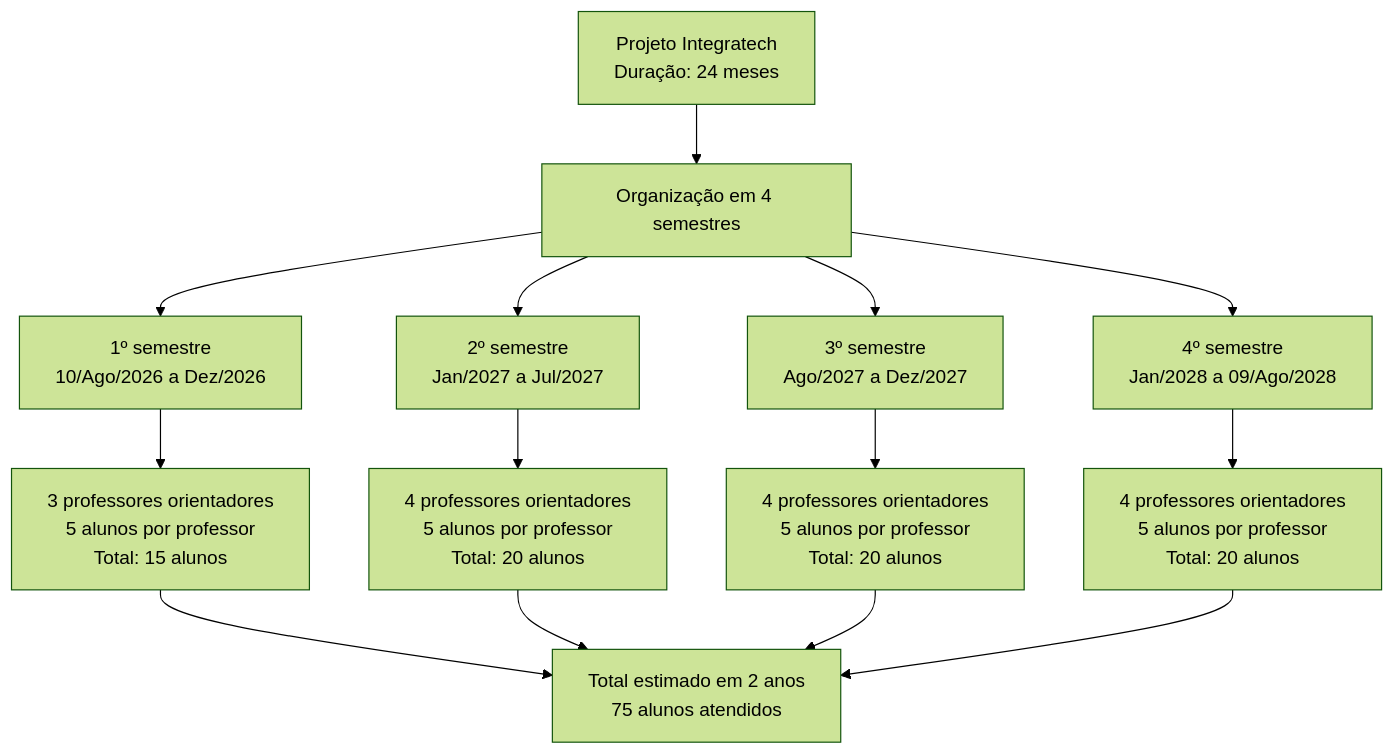
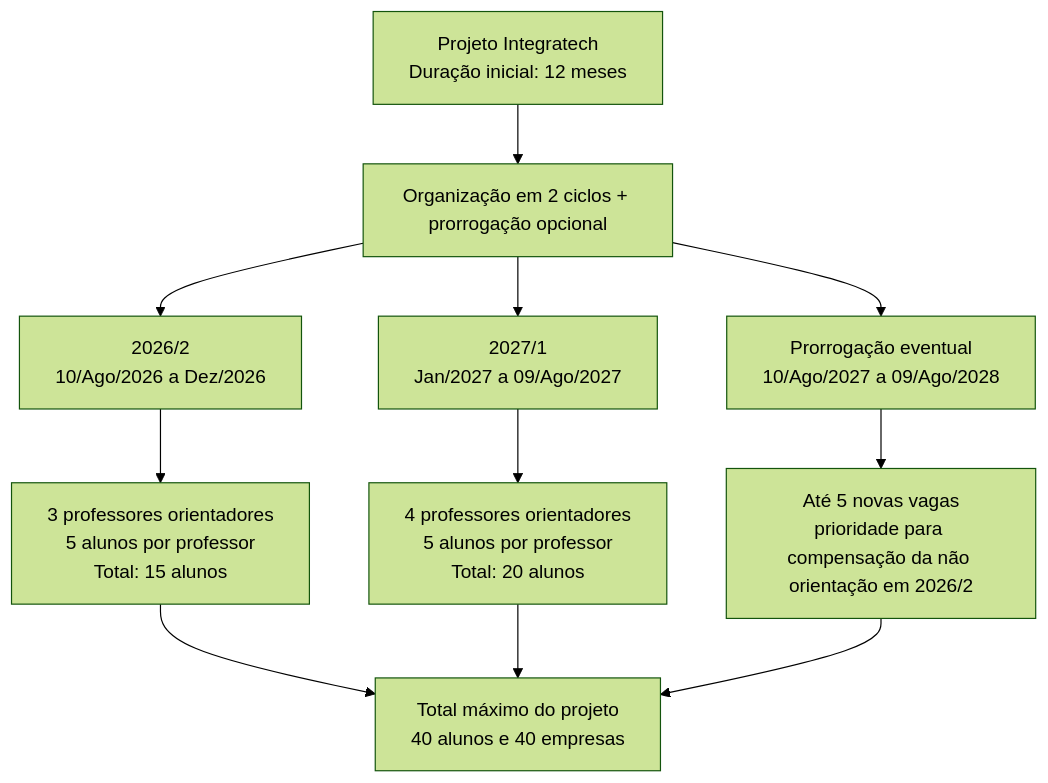
One commit to monteiro74/integratech-sinop changed the first of 7 diagrams in README.md. Above: the diagram before and after it, drawn with Mermaid (forest theme). The commit also changed other lines of this file, not shown here.

````diff
--- a/README.md
+++ b/README.md
@@ -352,19 +370,16 @@
 ```mermaid
 flowchart TD
-    A[Projeto Integratech<br/>Duração: 24 meses] --> B[Organização em 4 semestres]
+    A[Projeto Integratech<br/>Duração inicial: 12 meses] --> B[Organização em 2 ciclos + prorrogação opcional]
 
-    B --> C1[1º semestre<br/>10/Ago/2026 a Dez/2026]
-    B --> C2[2º semestre<br/>Jan/2027 a Jul/2027]
-    B --> C3[3º semestre<br/>Ago/2027 a Dez/2027]
-    B --> C4[4º semestre<br/>Jan/2028 a 09/Ago/2028]
+    B --> C1[2026/2<br/>10/Ago/2026 a Dez/2026]
+    B --> C2[2027/1<br/>Jan/2027 a 09/Ago/2027]
+    B --> C3[Prorrogação eventual<br/>10/Ago/2027 a 09/Ago/2028]
 
     C1 --> D1[3 professores orientadores<br/>5 alunos por professor<br/>Total: 15 alunos]
     C2 --> D2[4 professores orientadores<br/>5 alunos por professor<br/>Total: 20 alunos]
-    C3 --> D3[4 professores orientadores<br/>5 alunos por professor<br/>Total: 20 alunos]
-    C4 --> D4[4 professores orientadores<br/>5 alunos por professor<br/>Total: 20 alunos]
+    C3 --> D3[Até 5 novas vagas<br/>prioridade para compensação da não orientação em 2026/2]
 
-    D1 --> E[Total estimado em 2 anos<br/>75 alunos atendidos]
+    D1 --> E[Total máximo do projeto<br/>40 alunos e 40 empresas]
     D2 --> E
     D3 --> E
-    D4 --> E
 ```
````
